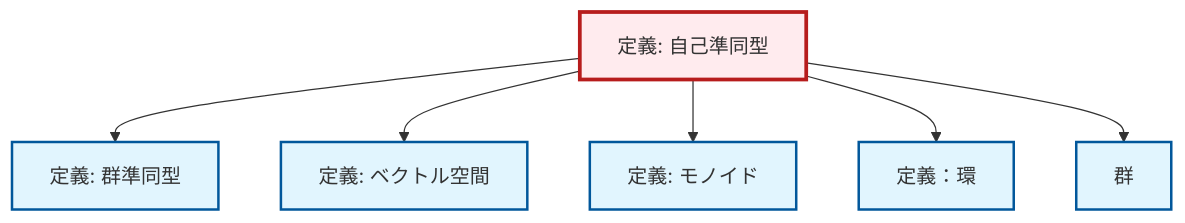
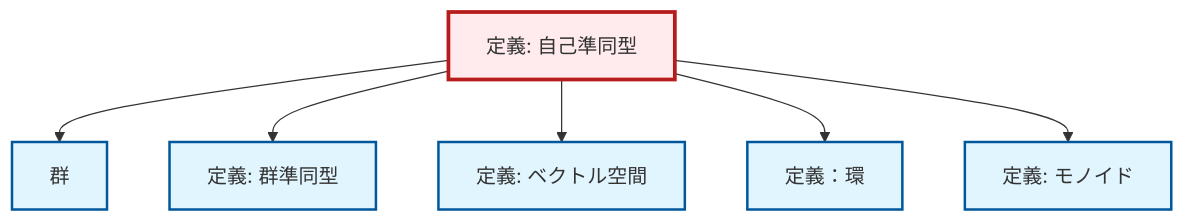
The diagram in content/ja/algebra/def-endomorphism.qmd (RK0429/ModernMath), drawn with Mermaid before and after one commit. The commit also changed other lines of this file and 1012 other files, not shown here.

````diff
--- a/content/ja/algebra/def-endomorphism.qmd
+++ b/content/ja/algebra/def-endomorphism.qmd
@@ -90,26 +90,26 @@
 ```{mermaid}
 %%| fig-cap: "Local dependency graph"
 graph TD
     classDef definition fill:#e1f5fe,stroke:#01579b,stroke-width:2px
     classDef theorem fill:#f3e5f5,stroke:#4a148c,stroke-width:2px
     classDef axiom fill:#fff3e0,stroke:#e65100,stroke-width:2px
     classDef example fill:#e8f5e9,stroke:#1b5e20,stroke-width:2px
     classDef current fill:#ffebee,stroke:#b71c1c,stroke-width:3px
-    def-vector-space["定義: ベクトル空間"]:::definition
     def-endomorphism["定義: 自己準同型"]:::definition
     def-ring["定義：環"]:::definition
+    def-vector-space["定義: ベクトル空間"]:::definition
     def-monoid["定義: モノイド"]:::definition
     def-homomorphism["定義: 群準同型"]:::definition
     def-group["群"]:::definition
+    def-endomorphism --> def-group
     def-endomorphism --> def-homomorphism
     def-endomorphism --> def-vector-space
+    def-endomorphism --> def-ring
     def-endomorphism --> def-monoid
-    def-endomorphism --> def-ring
-    def-endomorphism --> def-group
     class def-endomorphism current
+    click def-ring "def-ring.html" "定義：環へ"
     click def-vector-space "def-vector-space.html" "ベクトル空間の定義へ"
-    click def-ring "def-ring.html" "定義：環へ"
     click def-monoid "def-monoid.html" "モノイドの定義へ"
     click def-homomorphism "def-homomorphism.html" "群準同型の定義へ"
     click def-group "def-group.html" "群へ"
 ```
````
